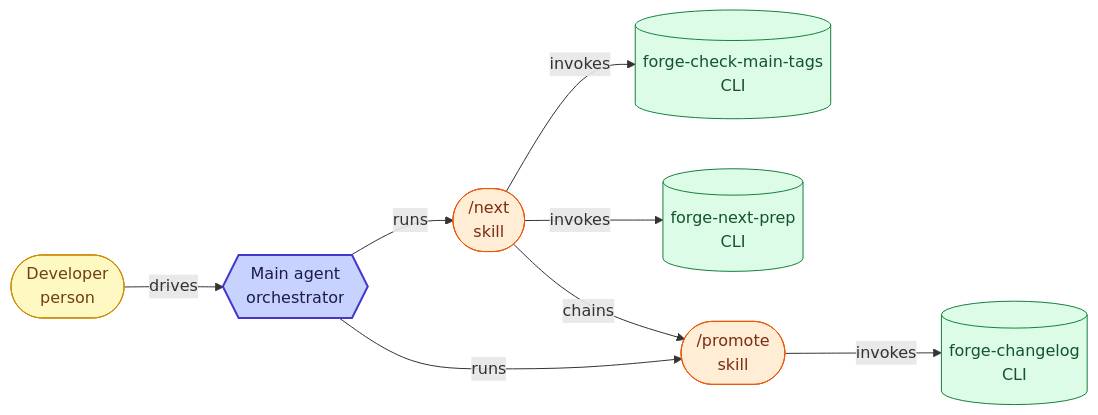
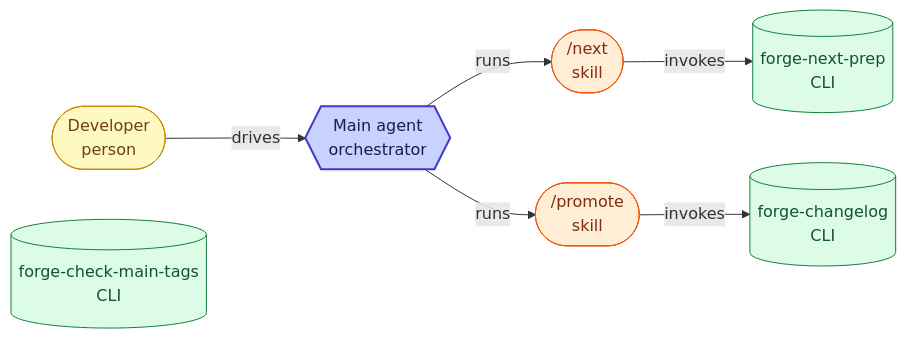
One commit to misnaej/forge changed the fourth of 7 diagrams in docs/agent-architecture.md. Above: the diagram before and after it, drawn with Mermaid. The commit also changed 18 other files, not shown here.

First line of the commit message:
chore(release): flip forge to single-track main (#447)

````diff
--- a/docs/agent-architecture.md
+++ b/docs/agent-architecture.md
@@ -283,33 +283,31 @@
 ```mermaid
 graph LR
   classDef person fill:#fef9c3,stroke:#ca8a04,color:#713f12
   classDef agent fill:#ede9fe,stroke:#7c3aed,color:#4c1d95
   classDef skill fill:#ffedd5,stroke:#ea580c,color:#7c2d12
   classDef hook fill:#fee2e2,stroke:#dc2626,color:#7f1d1d
   classDef cli fill:#dcfce7,stroke:#15803d,color:#14532d
   classDef policy fill:#f1f5f9,stroke:#64748b,color:#334155
   classDef orchestrator fill:#c7d2fe,stroke:#4338ca,color:#1e1b4b,stroke-width:2px
   classDef reporter stroke-dasharray:5 3
   classDef mutator stroke-width:3px
   human(["Developer<br/>person"])
   main_agent{{"Main agent<br/>orchestrator"}}
   human -->|drives| main_agent
   cli_forge_check_main_tags[("forge-check-main-tags<br/>CLI")]
   cli_forge_next_prep[("forge-next-prep<br/>CLI")]
   cli_forge_changelog[("forge-changelog<br/>CLI")]
   sk_next(["/next<br/>skill"])
   sk_promote(["/promote<br/>skill"])
   main_agent -->|runs| sk_next
   main_agent -->|runs| sk_promote
-  sk_next -->|chains| sk_promote
   sk_next -->|invokes| cli_forge_next_prep
-  sk_next -->|invokes| cli_forge_check_main_tags
   sk_promote -->|invokes| cli_forge_changelog
   class human person
   class main_agent orchestrator
   class cli_forge_check_main_tags cli
   class cli_forge_next_prep cli
   class cli_forge_changelog cli
   class sk_next skill
   class sk_promote skill
 ```
````
